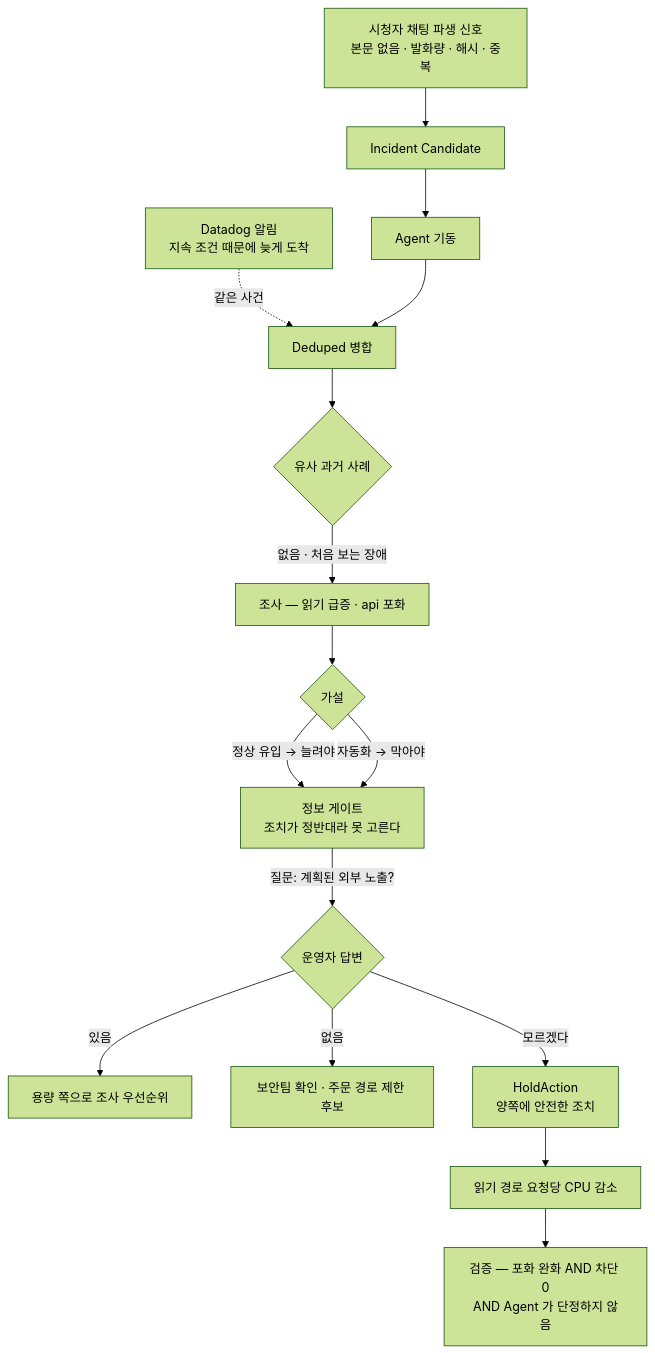
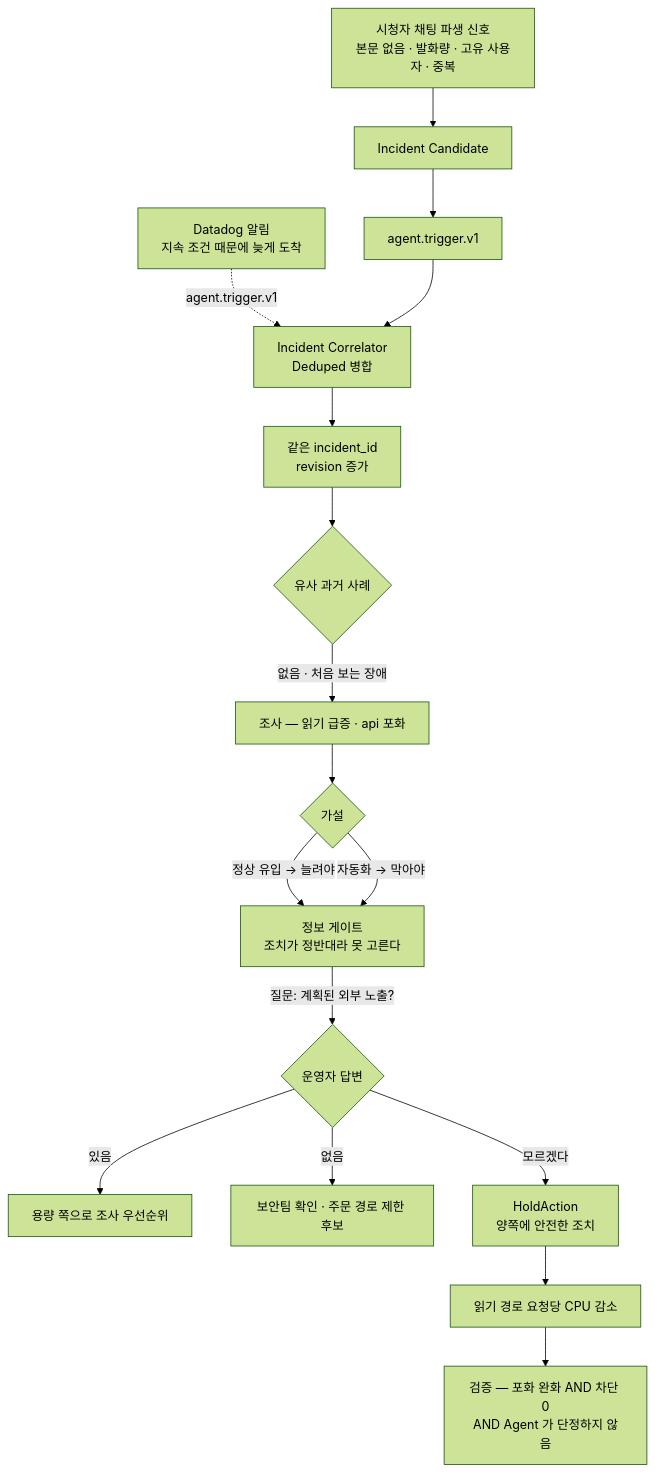
Before and after one commit to CJ-Only-One/O2-live-ai-ops: the fourth of 4 diagrams in docs/scenario-experiment.md, drawn with Mermaid (forest theme). The commit also changed other lines of this file and 9 other files, not shown here.

Commit message:
feat(agent): define incident correlation contract

````diff
--- a/docs/scenario-experiment.md
+++ b/docs/scenario-experiment.md
@@ -165,18 +165,19 @@
 ```mermaid
 flowchart TB
-    A["시청자 채팅 파생 신호<br/>본문 없음 · 발화량 · 해시 · 중복"] --> B["Incident Candidate"]
-    B --> C["Agent 기동"]
-    D["Datadog 알림<br/>지속 조건 때문에 늦게 도착"] -.->|"같은 사건"| E
-    C --> E["Deduped 병합"]
-    E --> F{"유사 과거 사례"}
-    F -->|"없음 · 처음 보는 장애"| G["조사 — 읽기 급증 · api 포화"]
-    G --> H{"가설"}
-    H -->|"정상 유입 → 늘려야"| I["정보 게이트<br/>조치가 정반대라 못 고른다"]
-    H -->|"자동화 → 막아야"| I
-    I -->|"질문: 계획된 외부 노출?"| J{"운영자 답변"}
-    J -->|"있음"| K["용량 쪽으로 조사 우선순위"]
-    J -->|"없음"| L["보안팀 확인 · 주문 경로 제한 후보"]
-    J -->|"모르겠다"| M["HoldAction<br/>양쪽에 안전한 조치"]
-    M --> N["읽기 경로 요청당 CPU 감소"]
-    N --> O["검증 — 포화 완화 AND 차단 0<br/>AND Agent 가 단정하지 않음"]
+    A["시청자 채팅 파생 신호<br/>본문 없음 · 발화량 · 고유 사용자 · 중복"] --> B["Incident Candidate"]
+    B --> C["agent.trigger.v1"]
+    D["Datadog 알림<br/>지속 조건 때문에 늦게 도착"] -.->|"agent.trigger.v1"| E
+    C --> E["Incident Correlator<br/>Deduped 병합"]
+    E --> F["같은 incident_id<br/>revision 증가"]
+    F --> G{"유사 과거 사례"}
+    G -->|"없음 · 처음 보는 장애"| H["조사 — 읽기 급증 · api 포화"]
+    H --> I{"가설"}
+    I -->|"정상 유입 → 늘려야"| J["정보 게이트<br/>조치가 정반대라 못 고른다"]
+    I -->|"자동화 → 막아야"| J
+    J -->|"질문: 계획된 외부 노출?"| K{"운영자 답변"}
+    K -->|"있음"| L["용량 쪽으로 조사 우선순위"]
+    K -->|"없음"| M["보안팀 확인 · 주문 경로 제한 후보"]
+    K -->|"모르겠다"| N["HoldAction<br/>양쪽에 안전한 조치"]
+    N --> O["읽기 경로 요청당 CPU 감소"]
+    O --> P["검증 — 포화 완화 AND 차단 0<br/>AND Agent 가 단정하지 않음"]
 ```
````
